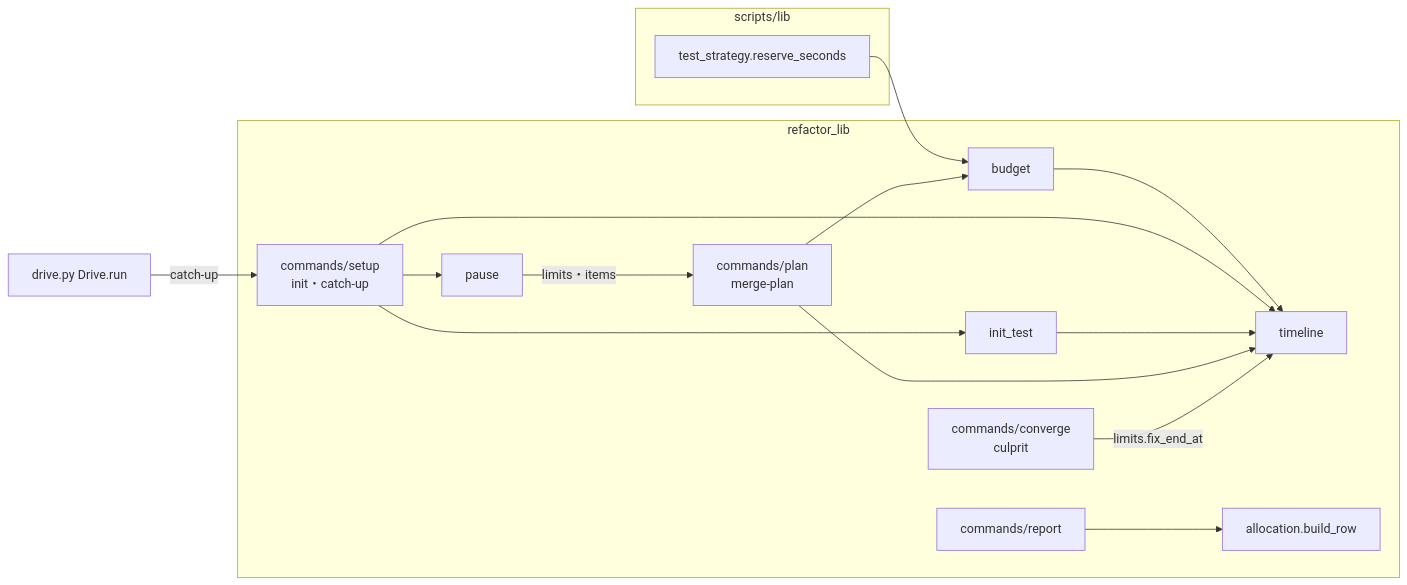
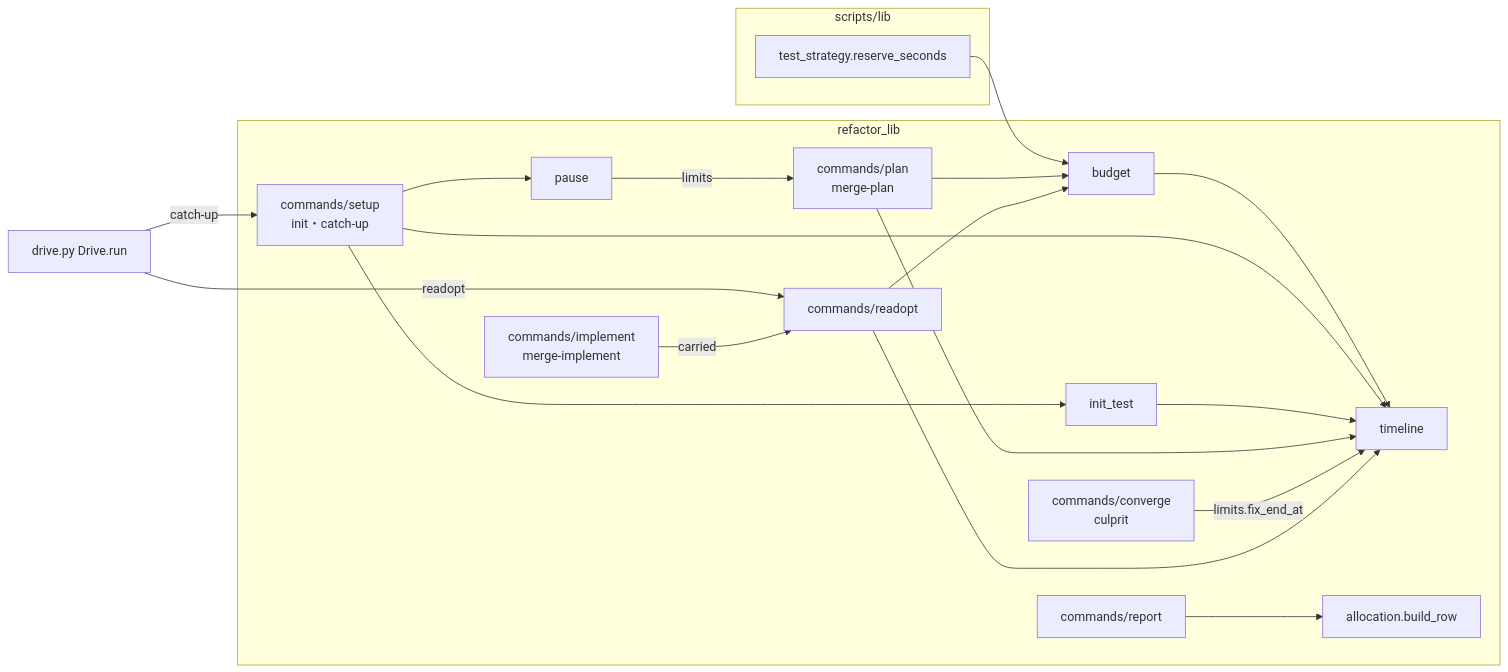
The first of 5 diagrams in issues/issue-1743-design.md (devbasex/ai-plugins), drawn with Mermaid before and after one commit. The commit also changed other lines of this file and 3 other files, not shown here.

````diff
--- a/issues/issue-1743-design.md
+++ b/issues/issue-1743-design.md
@@ -128,30 +144,36 @@
 ```mermaid
 graph LR
   subgraph lib[scripts/lib]
     TS[test_strategy.reserve_seconds]
   end
   subgraph rl[refactor_lib]
     B[budget]
     T[timeline]
     P[pause]
     S[commands/setup<br/>init・catch-up]
     IT[init_test]
     MP[commands/plan<br/>merge-plan]
     CV[commands/converge<br/>culprit]
     R[commands/report]
     A[allocation.build_row]
+    RD[commands/readopt]
+    IM[commands/implement<br/>merge-implement]
   end
   D[drive.py Drive.run]
   TS --> B
   B --> T
   S --> T
   S --> IT
   IT --> T
   S --> P
   D -->|catch-up| S
   MP --> B
   MP --> T
   CV -->|limits.fix_end_at| T
   R --> A
-  P -->|limits・items| MP
+  D -->|readopt| RD
+  RD --> B
+  RD --> T
+  IM -->|carried| RD
+  P -->|limits| MP
 ```
````
